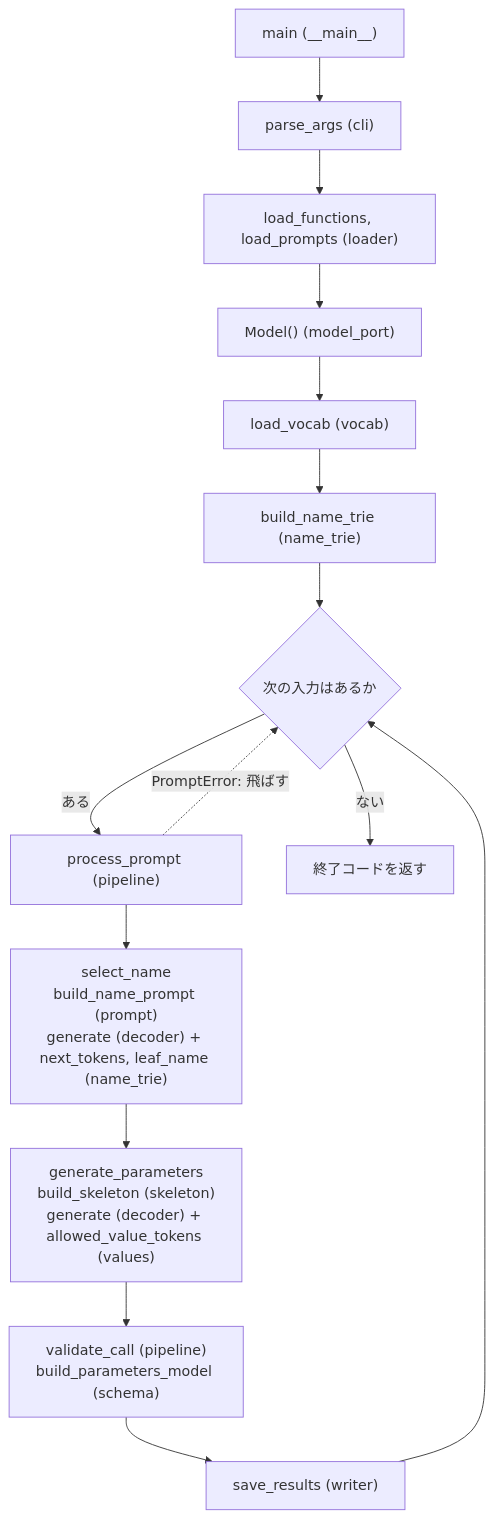
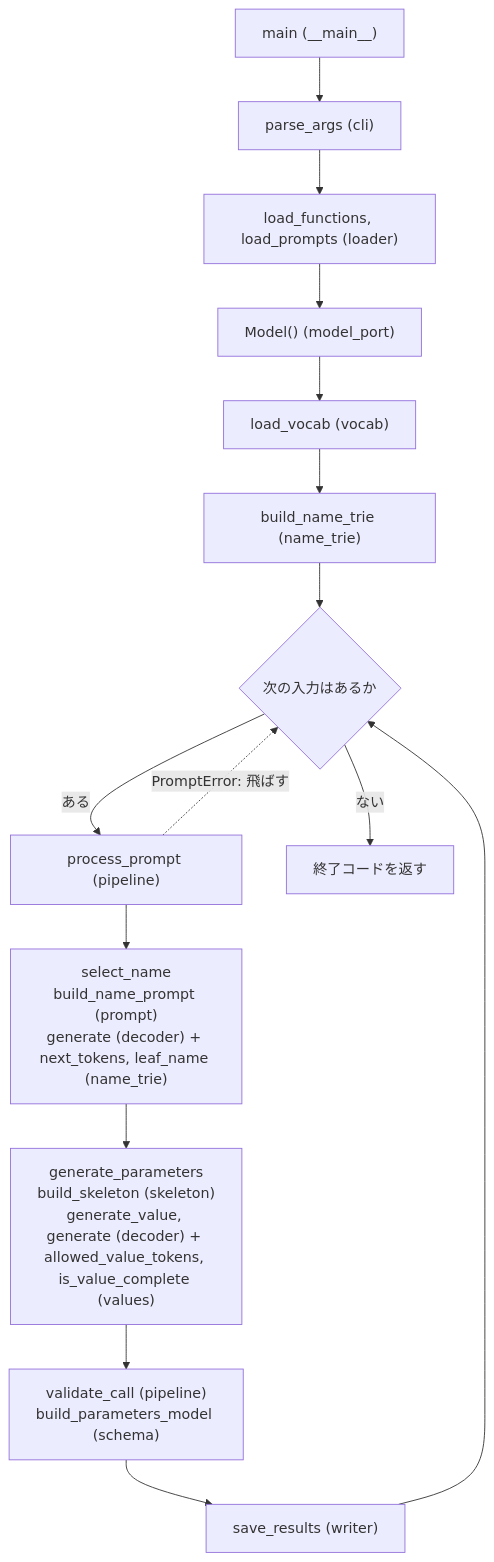
Before and after one commit to AMkuro/Call_Me_Maybe: the diagram in docs/architecture.md, drawn with Mermaid. The commit also changed other lines of this file and 12 other files, not shown here.

````diff
--- a/docs/architecture.md
+++ b/docs/architecture.md
@@ -114,17 +116,17 @@
 ```mermaid
 flowchart TD
   A["main (__main__)"] --> B["parse_args (cli)"]
   B --> C["load_functions, load_prompts (loader)"]
   C --> D["Model() (model_port)"]
   D --> E["load_vocab (vocab)"]
   E --> F["build_name_trie (name_trie)"]
   F --> G{"次の入力はあるか"}
   G -->|ある| H["process_prompt (pipeline)"]
   H --> I["select_name<br/>build_name_prompt (prompt)<br/>generate (decoder) + next_tokens, leaf_name (name_trie)"]
-  I --> J["generate_parameters<br/>build_skeleton (skeleton)<br/>generate (decoder) + allowed_value_tokens (values)"]
+  I --> J["generate_parameters<br/>build_skeleton (skeleton)<br/>generate_value, generate (decoder) + allowed_value_tokens, is_value_complete (values)"]
   J --> K["validate_call (pipeline)<br/>build_parameters_model (schema)"]
   K --> L["save_results (writer)"]
   L --> G
   H -.->|PromptError: 飛ばす| G
   G -->|ない| M["終了コードを返す"]
 ```
````
